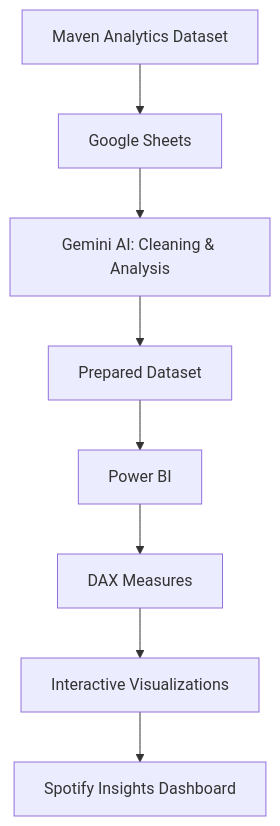
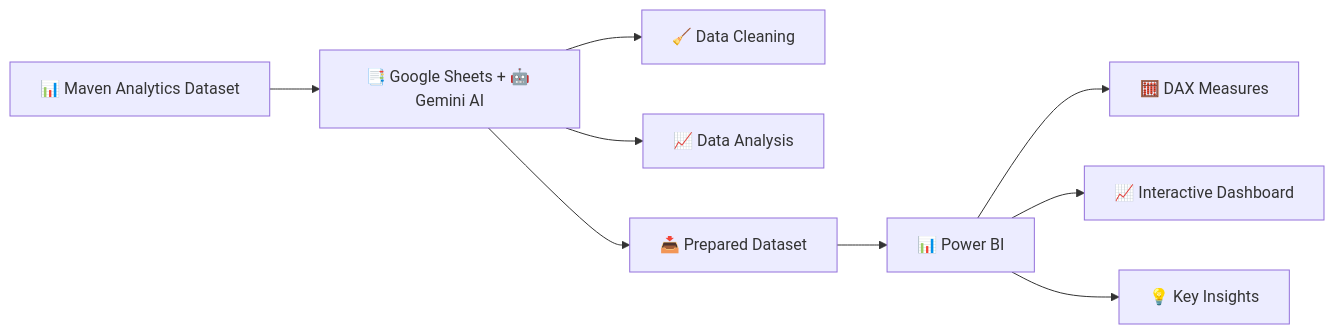
The diagram in README.md (ankkona/Spotify-Listening-Insights), drawn with Mermaid before and after one commit.

````diff
--- a/README.md
+++ b/README.md
@@ -15,13 +15,14 @@
 ```mermaid
-flowchart TD
-    A[Maven Analytics Dataset]
-    B[Google Sheets]
-    C[Gemini AI: Cleaning & Analysis]
-    D[Prepared Dataset]
-    E[Power BI]
-    F[DAX Measures]
-    G[Interactive Visualizations]
-    H[Spotify Insights Dashboard]
-
-    A --> B --> C --> D --> E --> F --> G --> H
+flowchart LR
+    A[📊 Maven Analytics Dataset] --> B[📑 Google Sheets + 🤖 Gemini AI]
+    
+    B --> B1[🧹 Data Cleaning]
+    B --> B2[📈 Data Analysis]
+    
+    B --> C[📥 Prepared Dataset]
+    C --> D[📊 Power BI]
+    
+    D --> D1[🧮 DAX Measures]
+    D --> D2[📈 Interactive Dashboard]
+    D --> D3[💡 Key Insights]
 ```
````
